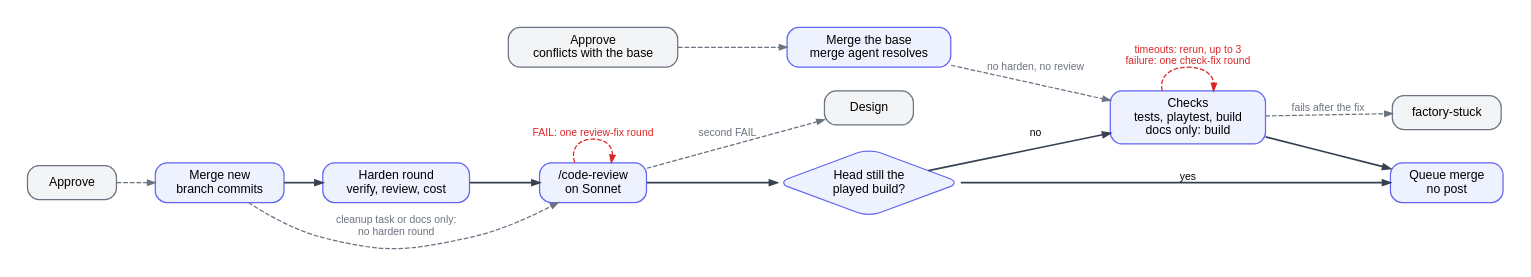
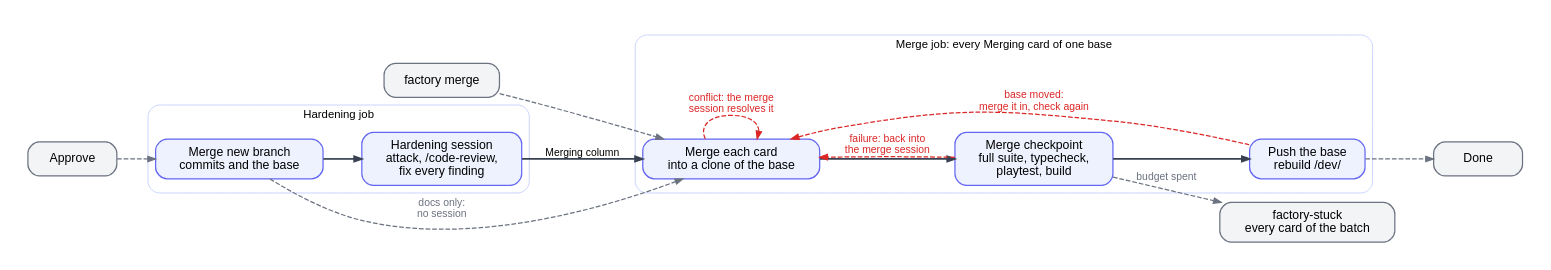
The diagram in factory/docs/diagrams/hardening.dot (btseytlin/road-machiners), drawn with Graphviz before and after one commit. The commit also changed 17 other files, not shown here.

Commit message:
Docs and diagrams: one session per stage, four checkpoints, the merge queue and the one automatic resume

```diff
--- a/factory/docs/diagrams/hardening.dot
+++ b/factory/docs/diagrams/hardening.dot
@@ -1,28 +1,32 @@
-// Hardening column. An approved card is reviewed, and checked again only when hardening changed the code. Red: loops back. Grey: leaves Hardening or enters from outside.
+// Hardening and Merging columns. One hardening session reviews and fixes an approved card. The merge queue checks every waiting card merged together before the base takes them.
+// Red: loops back. Grey: leaves the column or enters from outside.
 digraph hardening {
   rankdir=LR; nodesep=0.35; ranksep=0.55; bgcolor=white; pad=0.3;
   node [shape=box, style="rounded,filled", fillcolor="#eef2ff", color="#6366f1", fontname="Helvetica", fontsize=13, margin="0.2,0.1", penwidth=1.3, width=1.3];
   edge [color="#374151", penwidth=1.8, arrowsize=0.8, fontname="Helvetica", fontsize=11];
-  HM [label="Merge new\nbranch commits"]; HH [label="Harden round\nverify, review, cost"]; HR [label="/code-review\non Sonnet"];
-  HS [label="Head still the\nplayed build?", shape=diamond, margin="0.05,0.05"];
-  HC [label="Checks\ntests, playtest, build\ndocs only: build"]; HQ [label="Queue merge\nno post"];
-  HM -> HH -> HR -> HS [weight=100];
-  HS -> HQ [label="yes", weight=100];
-  HS -> HC [label="no"];
-  HC -> HQ;
+  subgraph cluster_harden {
+    label="Hardening job"; fontname="Helvetica"; fontsize=12; color="#c7d2fe"; style=rounded;
+    HM [label="Merge new branch\ncommits and the base"]; HH [label="Hardening session\nattack, /code-review,\nfix every finding"];
+    HM -> HH [weight=100];
+  }
+  subgraph cluster_merge {
+    label="Merge job: every Merging card of one base"; fontname="Helvetica"; fontsize=12; color="#c7d2fe"; style=rounded;
+    MM [label="Merge each card\ninto a clone of the base"]; MC [label="Merge checkpoint\nfull suite, typecheck,\nplaytest, build"]; MP [label="Push the base\nrebuild /dev/"];
+    MM -> MC -> MP [weight=100];
+  }
+  HH -> MM [label="Merging column"];
   XA [label="Approve", fillcolor="#f3f4f6", color="#6b7280"];
-  XC [label="Approve\nconflicts with the base", fillcolor="#f3f4f6", color="#6b7280"];
-  HX [label="Merge the base\nmerge agent resolves"];
-  XD [label="Design", fillcolor="#f3f4f6", color="#6b7280"];
-  XS [label="factory-stuck", fillcolor="#f3f4f6", color="#6b7280"];
+  XO [label="factory merge", fillcolor="#f3f4f6", color="#6b7280"];
+  XS [label="factory-stuck\nevery card of the batch", fillcolor="#f3f4f6", color="#6b7280"];
+  XN [label="Done", fillcolor="#f3f4f6", color="#6b7280"];
   edge [color="#dc2626", fontcolor="#dc2626", style=dashed, penwidth=1.3];
-  HC -> HC [label="timeouts: rerun, up to 3\nfailure: one check-fix round"];
-  HR -> HR [label="FAIL: one review-fix round"];
+  MM -> MM [label="conflict: the merge\nsession resolves it"];
+  MC -> MM [label="failure: back into\nthe merge session"];
+  MP -> MM [label="base moved:\nmerge it in, check again"];
   edge [color="#6b7280", fontcolor="#6b7280"];
   XA -> HM;
-  HM -> HR [label="cleanup task or docs only:\nno harden round"];
-  XC -> HX;
-  HX -> HC [label="no harden, no review"];
-  HR -> XD [label="second FAIL"];
-  HC -> XS [label="fails after the fix"];
+  HM -> MM [label="docs only:\nno session"];
+  XO -> MM;
+  MC -> XS [label="budget spent"];
+  MP -> XN;
 }
```
